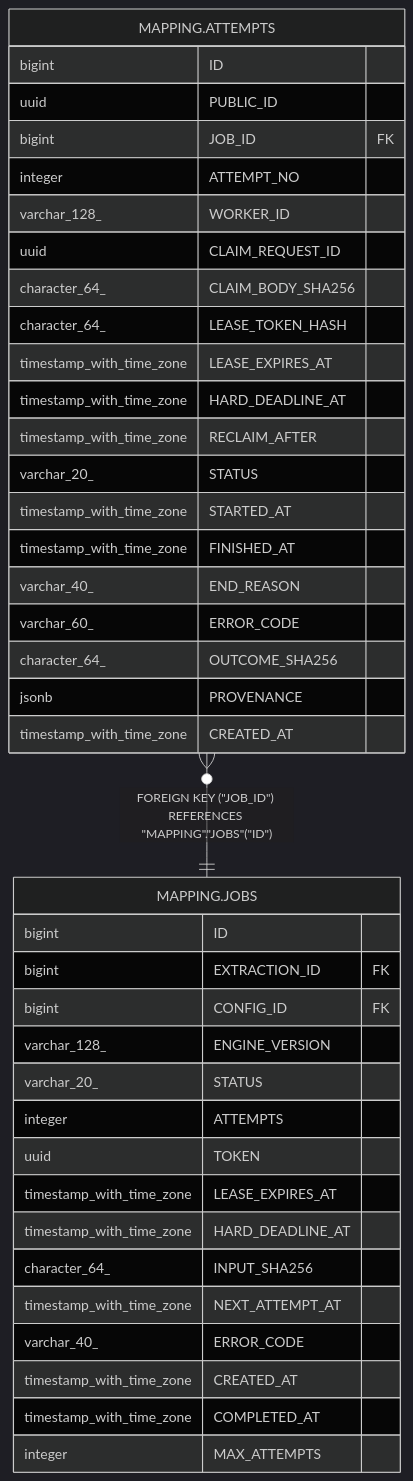
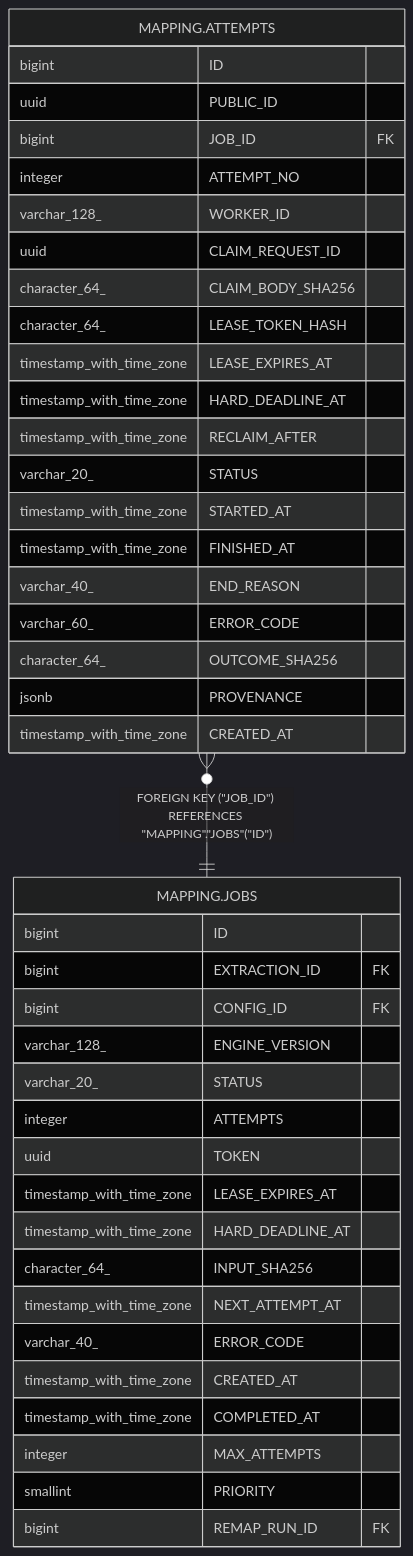
One commit to happidude/cv-compass changed the diagram in docs/db/MAPPING.ATTEMPTS.md. Above: the diagram before and after it, drawn with Mermaid (dark theme). The commit also changed 7 other files, not shown here.

First line of the commit message:
Isolate poisoned search test and regenerate schema docs for V17

````diff
--- a/docs/db/MAPPING.ATTEMPTS.md
+++ b/docs/db/MAPPING.ATTEMPTS.md
@@ -63,44 +63,46 @@
 ```mermaid
 erDiagram
 
 "MAPPING.ATTEMPTS" }o--|| "MAPPING.JOBS" : "FOREIGN KEY (#quot;JOB_ID#quot;) REFERENCES #quot;MAPPING#quot;.#quot;JOBS#quot;(#quot;ID#quot;)"
 
 "MAPPING.ATTEMPTS" {
   bigint ID
   uuid PUBLIC_ID
   bigint JOB_ID FK
   integer ATTEMPT_NO
   varchar_128_ WORKER_ID
   uuid CLAIM_REQUEST_ID
   character_64_ CLAIM_BODY_SHA256
   character_64_ LEASE_TOKEN_HASH
   timestamp_with_time_zone LEASE_EXPIRES_AT
   timestamp_with_time_zone HARD_DEADLINE_AT
   timestamp_with_time_zone RECLAIM_AFTER
   varchar_20_ STATUS
   timestamp_with_time_zone STARTED_AT
   timestamp_with_time_zone FINISHED_AT
   varchar_40_ END_REASON
   varchar_60_ ERROR_CODE
   character_64_ OUTCOME_SHA256
   jsonb PROVENANCE
   timestamp_with_time_zone CREATED_AT
 }
 "MAPPING.JOBS" {
   bigint ID
   bigint EXTRACTION_ID FK
   bigint CONFIG_ID FK
   varchar_128_ ENGINE_VERSION
   varchar_20_ STATUS
   integer ATTEMPTS
   uuid TOKEN
   timestamp_with_time_zone LEASE_EXPIRES_AT
   timestamp_with_time_zone HARD_DEADLINE_AT
   character_64_ INPUT_SHA256
   timestamp_with_time_zone NEXT_ATTEMPT_AT
   varchar_40_ ERROR_CODE
   timestamp_with_time_zone CREATED_AT
   timestamp_with_time_zone COMPLETED_AT
   integer MAX_ATTEMPTS
+  smallint PRIORITY
+  bigint REMAP_RUN_ID FK
 }
 ```
````
